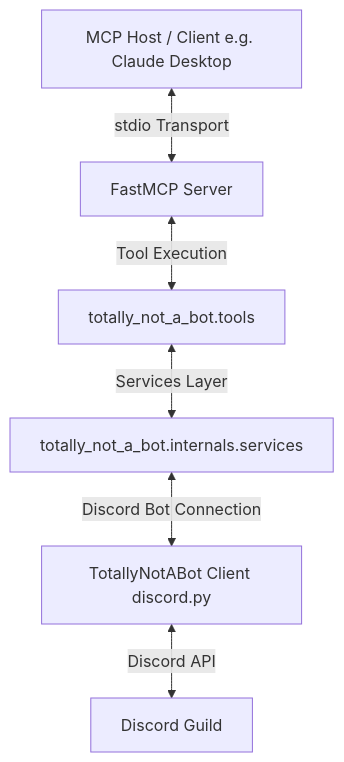
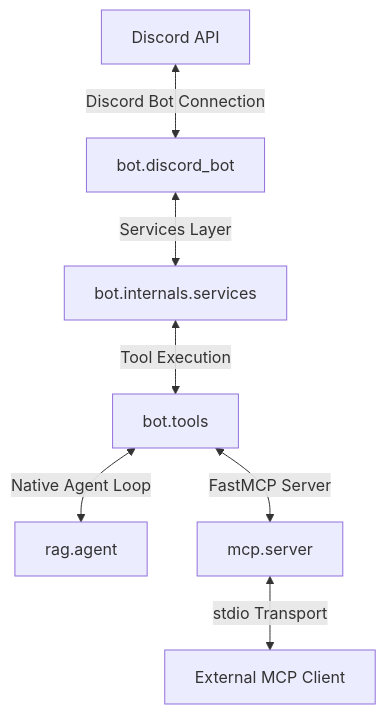
Before and after one commit to ArchZak/Totally-Not-a-Discord-Bot: the diagram in README.md, drawn with Mermaid. The commit also changed other lines of this file and 1 other file, not shown here.

````diff
--- a/README.md
+++ b/README.md
@@ -83,8 +84,9 @@
 ```mermaid
 graph TD
-    A[MCP Host / Client e.g. Claude Desktop] <-->|stdio Transport| B[FastMCP Server]
-    B <-->|Tool Execution| C[totally_not_a_bot.tools]
-    C <-->|Services Layer| D[totally_not_a_bot.internals.services]
-    D <-->|Discord Bot Connection| E[TotallyNotABot Client discord.py]
-    E <-->|Discord API| F[Discord Guild]
+    A[Discord API] <-->|Discord Bot Connection| B[bot.discord_bot]
+    B <-->|Services Layer| C[bot.internals.services]
+    C <-->|Tool Execution| D[bot.tools]
+    D <-->|Native Agent Loop| E[rag.agent]
+    D <-->|FastMCP Server| F[mcp.server]
+    F <-->|stdio Transport| G[External MCP Client]
 ```
````
